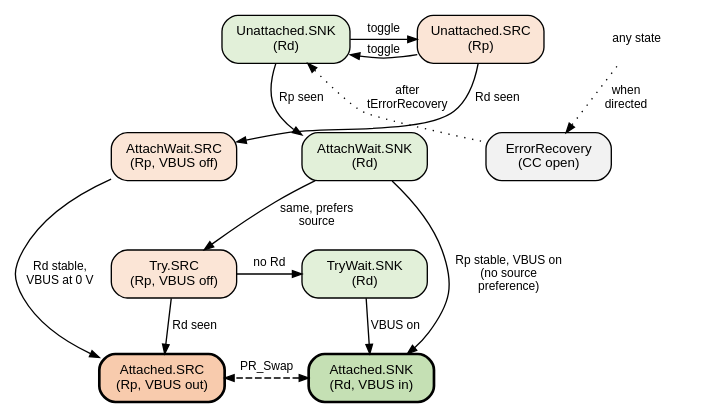
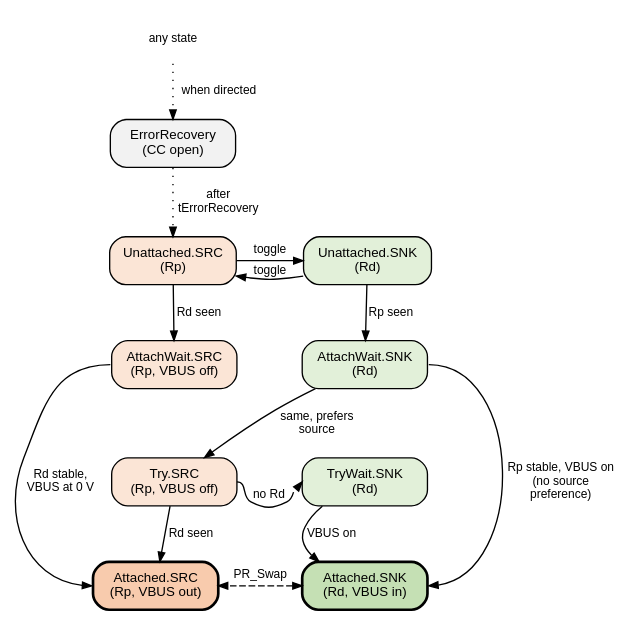
Before and after one commit to mithro/evampire: the diagram in docs/power/usb-pd/drp-states.dot, drawn with Graphviz. The commit also changed 1 other file, not shown here.

Commit message:
Rewrite the USB PD page on dual-role attach
Number the attach steps, give the timing tables, correct where ErrorRecovery and detach lead with Try.SRC, and lay out the state diagram without crossings.

```diff
--- a/docs/power/usb-pd/drp-states.dot
+++ b/docs/power/usb-pd/drp-states.dot
@@ -1,51 +1,53 @@
 // Simplified USB Type-C connection state machine for a dual-role port
 // with the Try.SRC preference (USB Type-C specification, section 4.5.2.2 and figure 4-16).
-// Accessory and debug states are left out.
+// Accessory and debug states, and detach transitions, are left out.
+// A dual-role port with Try.SRC leaves ErrorRecovery to Unattached.SRC
+// (section 4.5.2.2.2.2).
 //
 // SPDX-License-Identifier: Apache-2.0
 
 digraph drp_states {
     graph [rankdir=TB, fontname="Helvetica", fontsize=11, nodesep=0.3,
            ranksep=0.45, newrank=true];
     node  [shape=box, style="rounded,filled", fontname="Helvetica",
            fontsize=10, width=1.3];
     edge  [fontname="Helvetica", fontsize=9, arrowsize=0.7];
 
     usnk [label="Unattached.SNK\n(Rd)", fillcolor="#e2f0d9"];
     usrc [label="Unattached.SRC\n(Rp)", fillcolor="#fbe5d6"];
     awsnk [label="AttachWait.SNK\n(Rd)", fillcolor="#e2f0d9"];
     awsrc [label="AttachWait.SRC\n(Rp, VBUS off)", fillcolor="#fbe5d6"];
     trysrc [label="Try.SRC\n(Rp, VBUS off)", fillcolor="#fbe5d6"];
     twsnk [label="TryWait.SNK\n(Rd)", fillcolor="#e2f0d9"];
     asnk [label="Attached.SNK\n(Rd, VBUS in)", fillcolor="#c5e0b4", penwidth=2];
     asrc [label="Attached.SRC\n(Rp, VBUS out)", fillcolor="#f8cbad", penwidth=2];
     err  [label="ErrorRecovery\n(CC open)", fillcolor="#f2f2f2"];
     any  [label="any state", shape=plaintext, style="", fontsize=9];
 
-    { rank=same; usrc; usnk; any; }
-    { rank=same; awsrc; awsnk; err; }
+    { rank=same; usrc; usnk; }
+    { rank=same; awsrc; awsnk; }
     { rank=same; trysrc; twsnk; }
     { rank=same; asrc; asnk; }
 
     // Left to right order within each row: source states on the left.
-    usrc -> usnk [style=invis];
-    awsrc -> awsnk -> err [style=invis];
+    awsrc -> awsnk [style=invis];
+    asrc -> asnk [style=invis];
     trysrc -> twsnk [style=invis];
-    asrc -> asnk [style=invis];
     awsrc -> trysrc [style=invis, weight=5];
     awsnk -> twsnk [style=invis, weight=5];
+    twsnk -> asnk [style=invis, weight=5];
 
-    usnk -> usrc [label="toggle"];
+    any -> err [style=dotted, label=" when directed"];
+    err -> usrc [style=dotted, label="after\ntErrorRecovery"];
     usrc -> usnk [label="toggle"];
-    usnk -> err [style=dotted, dir=back, label="after\ntErrorRecovery"];
-    err -> any [style=dotted, dir=back, label="when\ndirected"];
+    usnk -> usrc [label="toggle", constraint=false];
     usnk -> awsnk [label="Rp seen"];
     usrc -> awsrc [label="Rd seen"];
-    awsnk -> asnk [label="Rp stable, VBUS on\n(no source\npreference)"];
+    awsnk:e -> asnk:e [label="Rp stable, VBUS on\n(no source\npreference)"];
     awsnk -> trysrc [label="same, prefers\nsource"];
-    awsrc -> asrc [label="Rd stable,\nVBUS at 0 V"];
+    awsrc:w -> asrc:w [label="Rd stable,\nVBUS at 0 V"];
     trysrc -> asrc [label="Rd seen"];
-    trysrc -> twsnk [label="no Rd"];
+    trysrc:e -> twsnk:w [label="no Rd"];
     twsnk -> asnk [label="VBUS on"];
     asnk -> asrc [label="PR_Swap", style=dashed, dir=both, constraint=false];
 }
```
